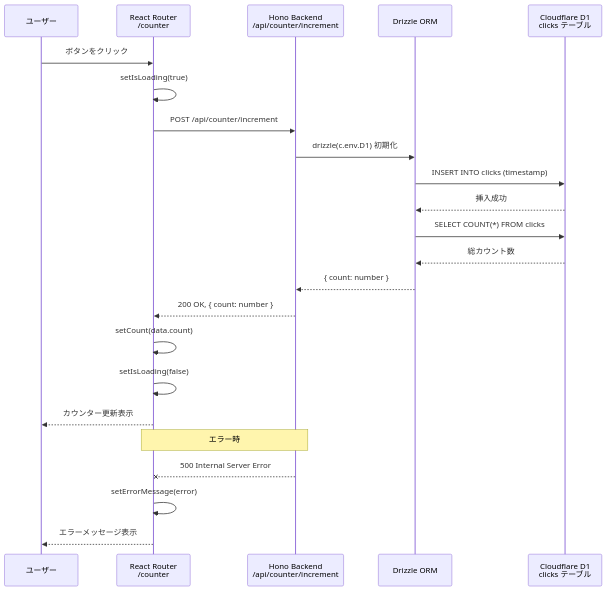
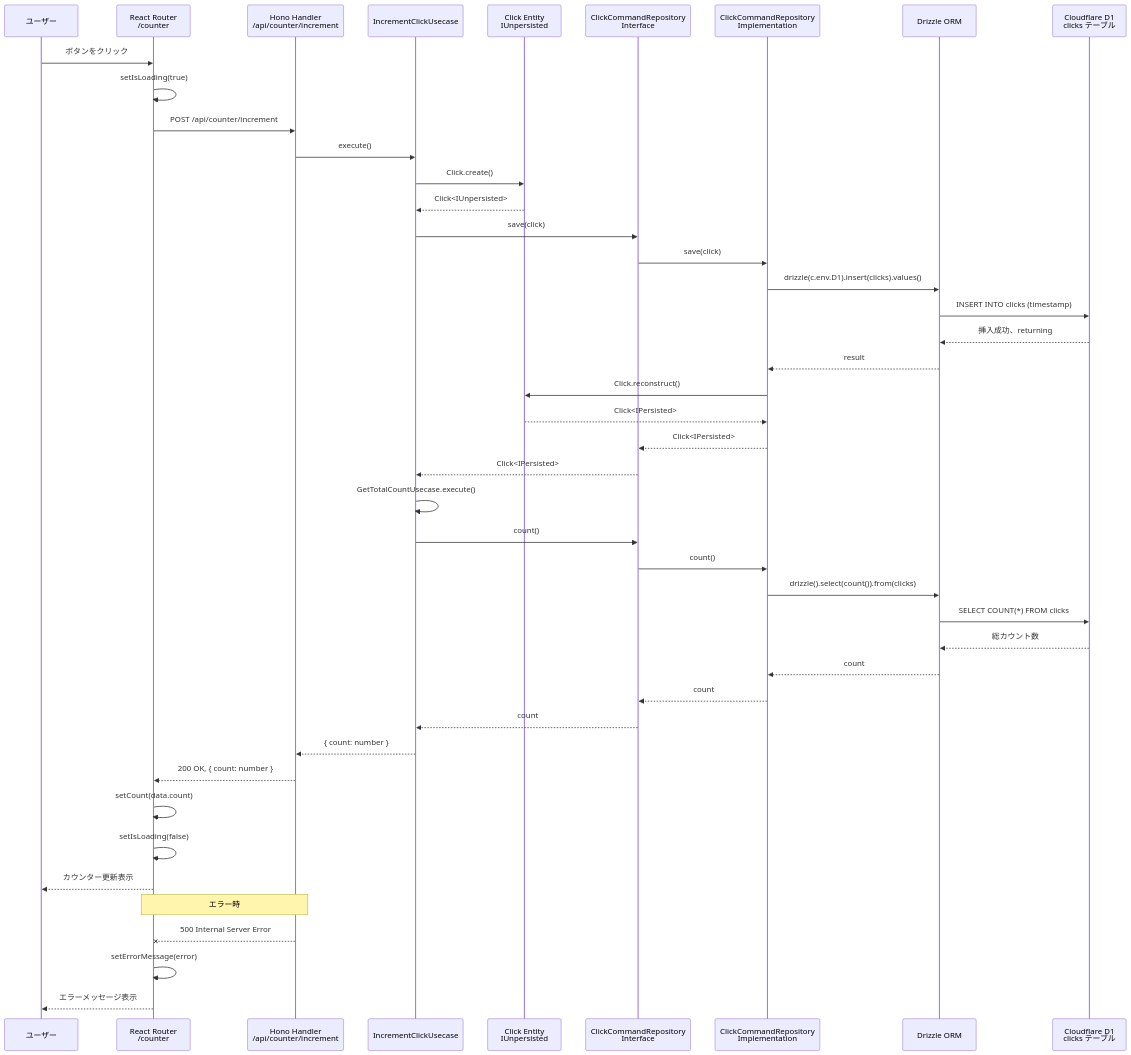
One commit to yantene/yantene.net changed the second of 4 diagrams in .kiro/specs/d1-drizzle-counter-demo/design.md. Above: the diagram before and after it, drawn with Mermaid. The commit also changed other lines of this file and 1 other file, not shown here.

First line of the commit message:
D1+Drizzle デモをクリーンアーキテクチャで再設計

````diff
--- a/.kiro/specs/d1-drizzle-counter-demo/design.md
+++ b/.kiro/specs/d1-drizzle-counter-demo/design.md
@@ -104,27 +142,48 @@
 ```mermaid
 sequenceDiagram
     participant User as ユーザー
     participant UI as React Router<br>/counter
-    participant API as Hono Backend<br>/api/counter/increment
+    participant API as Hono Handler<br>/api/counter/increment
+    participant UC as IncrementClickUsecase
+    participant Entity as Click Entity<br>IUnpersisted
+    participant CmdRepo as ClickCommandRepository<br>Interface
+    participant Infra as ClickCommandRepository<br>Implementation
     participant ORM as Drizzle ORM
     participant DB as Cloudflare D1<br>clicks テーブル
 
     User->>UI: ボタンをクリック
     UI->>UI: setIsLoading(true)
     UI->>API: POST /api/counter/increment
-    API->>ORM: drizzle(c.env.D1) 初期化
+    API->>UC: execute()
+    UC->>Entity: Click.create()
+    Entity-->>UC: Click<IUnpersisted>
+    UC->>CmdRepo: save(click)
+    CmdRepo->>Infra: save(click)
+    Infra->>ORM: drizzle(c.env.D1).insert(clicks).values()
     ORM->>DB: INSERT INTO clicks (timestamp)
-    DB-->>ORM: 挿入成功
+    DB-->>ORM: 挿入成功、returning
+    ORM-->>Infra: result
+    Infra->>Entity: Click.reconstruct()
+    Entity-->>Infra: Click<IPersisted>
+    Infra-->>CmdRepo: Click<IPersisted>
+    CmdRepo-->>UC: Click<IPersisted>
+    UC->>UC: GetTotalCountUsecase.execute()
+    UC->>CmdRepo: count()
+    CmdRepo->>Infra: count()
+    Infra->>ORM: drizzle().select(count()).from(clicks)
     ORM->>DB: SELECT COUNT(*) FROM clicks
     DB-->>ORM: 総カウント数
-    ORM-->>API: { count: number }
+    ORM-->>Infra: count
+    Infra-->>CmdRepo: count
+    CmdRepo-->>UC: count
+    UC-->>API: { count: number }
     API-->>UI: 200 OK, { count: number }
     UI->>UI: setCount(data.count)
     UI->>UI: setIsLoading(false)
     UI-->>User: カウンター更新表示
 
     Note over UI,API: エラー時
     API--xUI: 500 Internal Server Error
     UI->>UI: setErrorMessage(error)
     UI-->>User: エラーメッセージ表示
 ```
````
